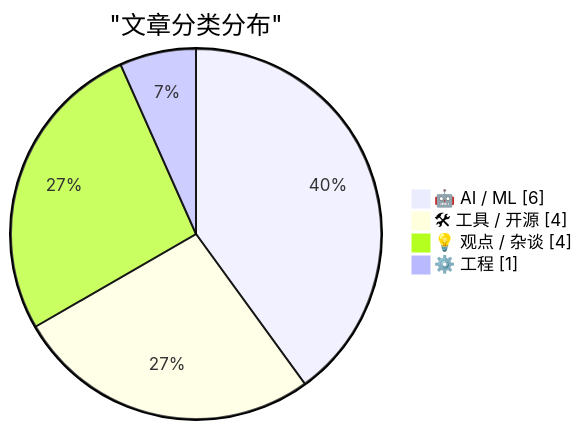
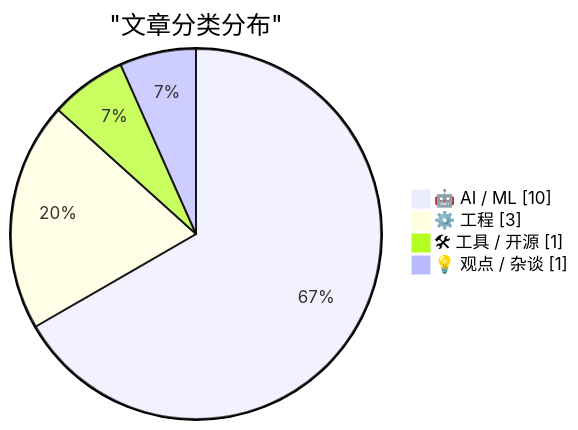
One commit to Halcyon-ccc/ai-daily-digest changed the first of 2 diagrams in digests/digest-20260805.md. Above: the diagram before and after it, drawn with Mermaid. The commit also changed other lines of this file, not shown here.

````diff
--- a/digests/digest-20260805.md
+++ b/digests/digest-20260805.md
@@ -407,8 +379,8 @@
 ```mermaid
 pie showData
     title "文章分类分布"
-    "🤖 AI / ML" : 6
-    "🛠 工具 / 开源" : 4
-    "💡 观点 / 杂谈" : 4
-    "⚙️ 工程" : 1
+    "🤖 AI / ML" : 10
+    "⚙️ 工程" : 3
+    "🛠 工具 / 开源" : 1
+    "💡 观点 / 杂谈" : 1
 ```
````
